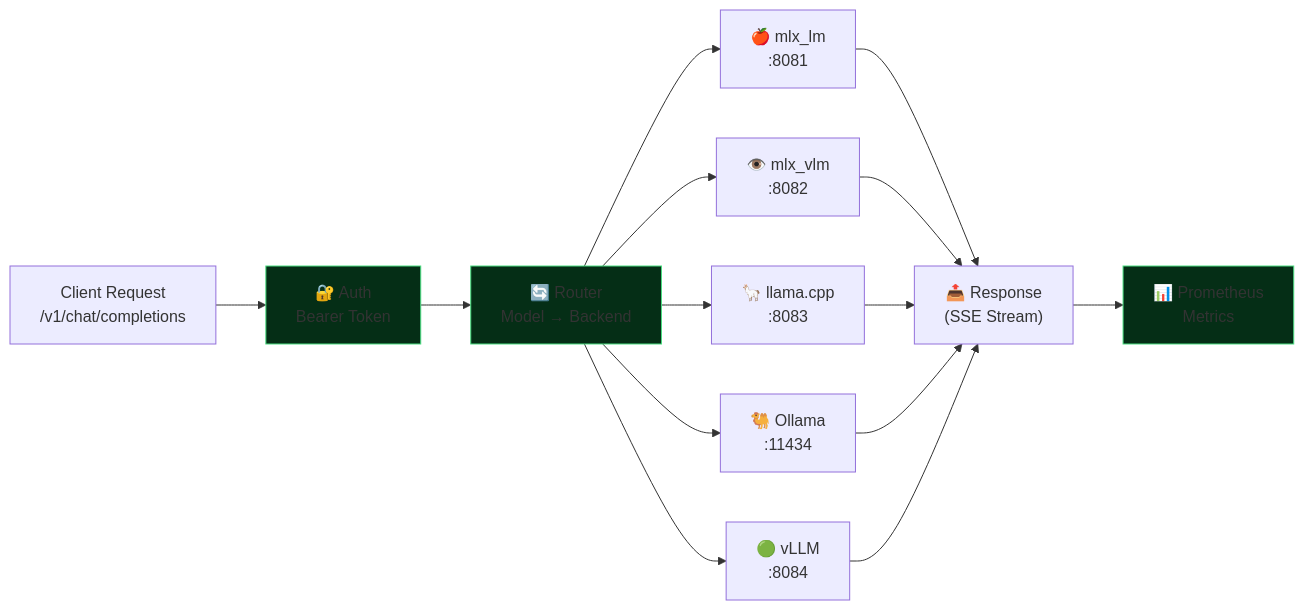
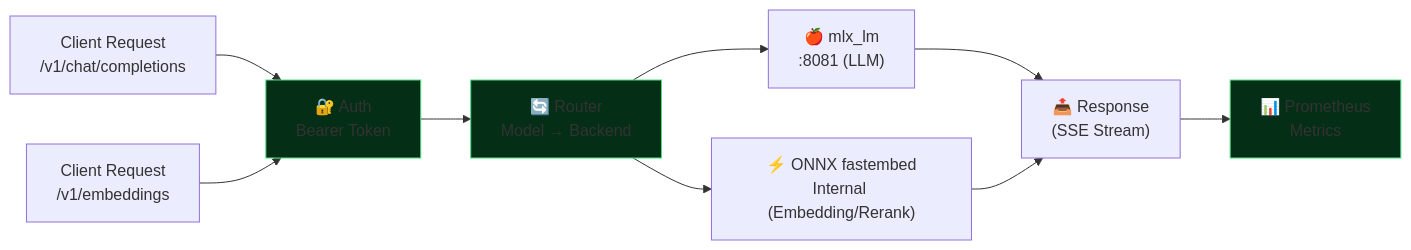
One commit to MegaWiz-Dev-Team/Asgard changed the fourth of 9 diagrams in docs/architecture.md. Above: the diagram before and after it, drawn with Mermaid. The commit also changed other lines of this file and 22 other files, not shown here.

````diff
--- a/docs/architecture.md
+++ b/docs/architecture.md
@@ -261,22 +256,18 @@
 ```mermaid
 graph LR
     Client["Client Request<br/>/v1/chat/completions"] --> Auth["🔐 Auth<br/>Bearer Token"]
+    ClientEmbed["Client Request<br/>/v1/embeddings"] --> Auth
     Auth --> Router["🔄 Router<br/>Model → Backend"]
-    Router --> MLX["🍎 mlx_lm<br/>:8081"]
-    Router --> VLM["👁️ mlx_vlm<br/>:8082"]
-    Router --> LC["🦙 llama.cpp<br/>:8083"]
-    Router --> OL["🐫 Ollama<br/>:11434"]
-    Router --> VL["🟢 vLLM<br/>:8084"]
+    
+    Router --> MLX["🍎 mlx_lm<br/>:8081 (LLM)"]
+    Router --> FastEmbed["⚡ ONNX fastembed<br/>Internal (Embedding/Rerank)"]
 
     MLX --> Response["📤 Response<br/>(SSE Stream)"]
-    VLM --> Response
-    LC --> Response
-    OL --> Response
-    VL --> Response
+    FastEmbed --> Response
 
     Response --> Metrics["📊 Prometheus<br/>Metrics"]
 
     style Auth fill:#052e16,stroke:#4ade80
     style Router fill:#052e16,stroke:#4ade80
     style Metrics fill:#052e16,stroke:#4ade80
 ```
````
